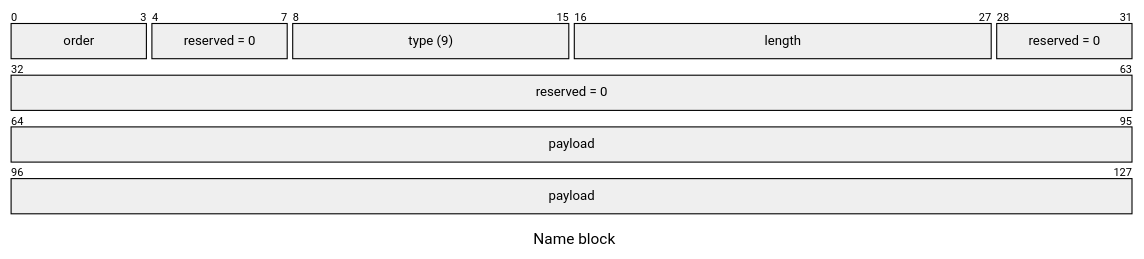
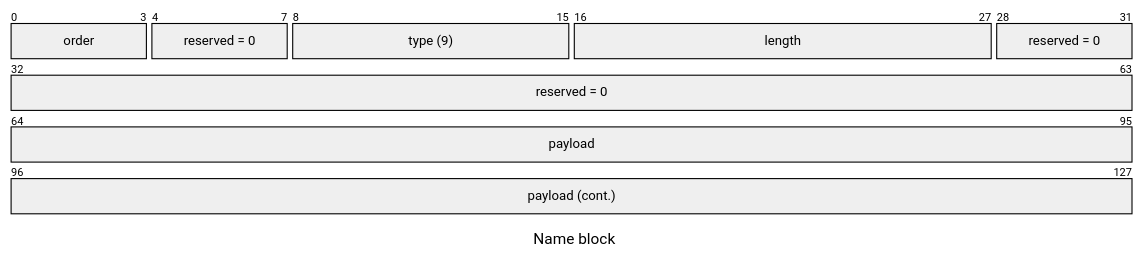
Before and after one commit to misttech/mist-os: the ninth of 12 diagrams in docs/reference/platform-spec/diagnostics/inspect-vmo-format.md, drawn with Mermaid. The commit also changed other lines of this file, not shown here.

````diff
--- a/docs/reference/platform-spec/diagnostics/inspect-vmo-format.md
+++ b/docs/reference/platform-spec/diagnostics/inspect-vmo-format.md
@@ -383,12 +390,13 @@
 ```mermaid
 ---
 title: "Name block"
 ---
 packet-beta
 0-3: "order"
 4-7: "reserved = 0"
 8-15: "type (9)"
 16-27: "length"
 28-63: "reserved = 0"
-64-127: "payload"
+64-95: "payload"
+96-127: "payload (cont.)"
 ```
````
